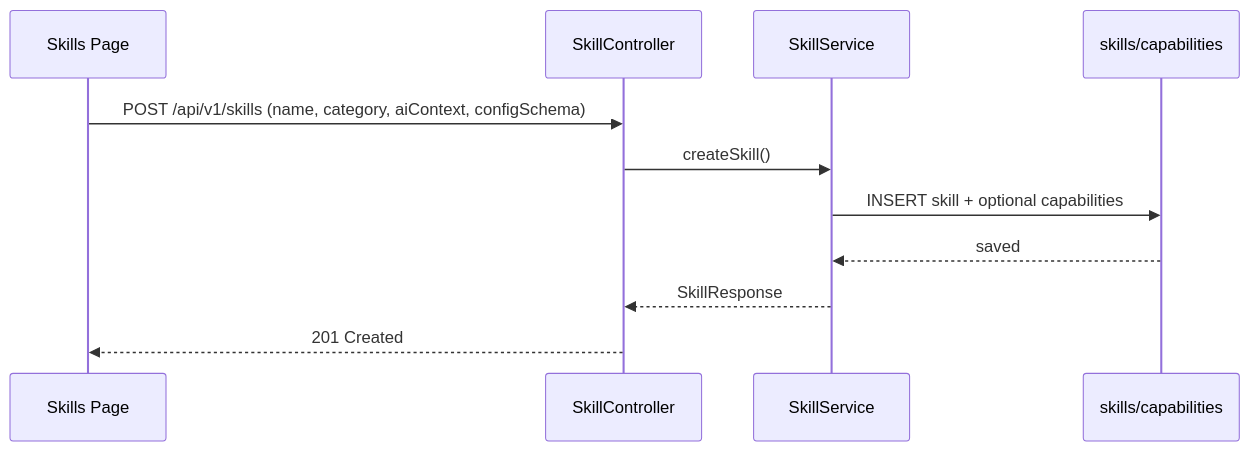
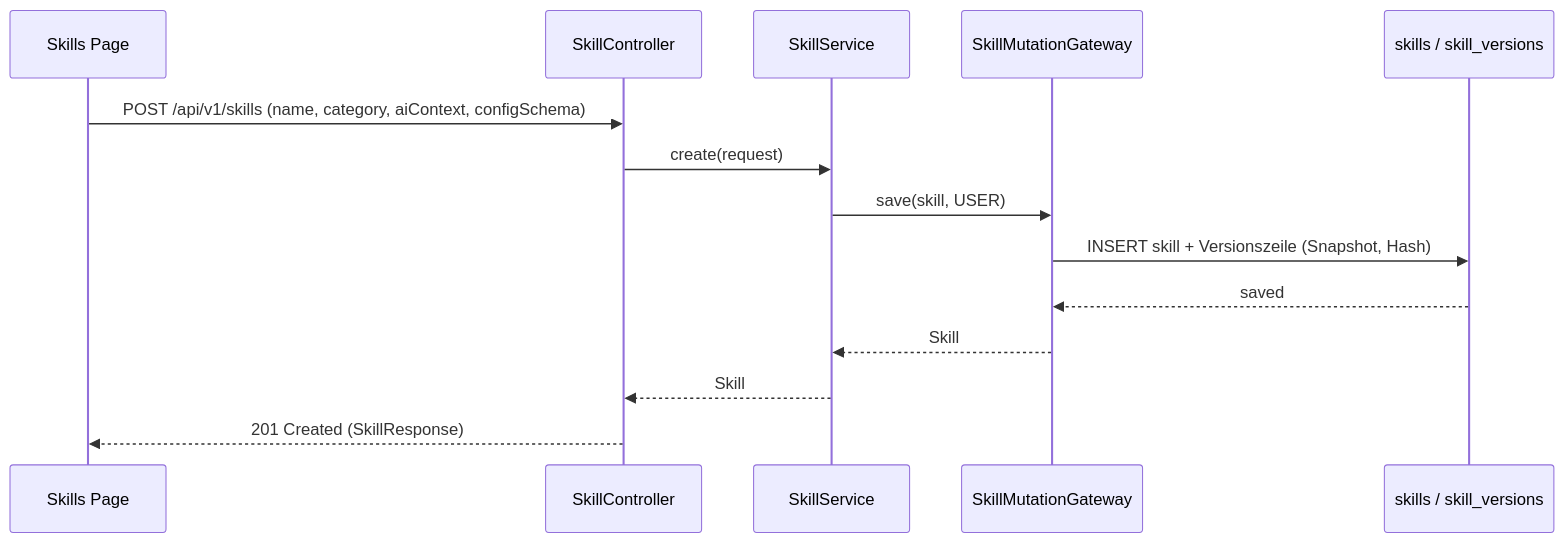
Before and after one commit to FLSEST/MySuricates: the first of 3 diagrams in docs/skills-diagrams.md, drawn with Mermaid. The commit also changed other lines of this file and 5 other files, not shown here.

First line of the commit message:
docs(diagramme): Skills page follows gateway, context file and write protection of the capabilities

````diff
--- a/docs/skills-diagrams.md
+++ b/docs/skills-diagrams.md
@@ -7,14 +9,17 @@
 ```mermaid
 sequenceDiagram
     participant UI as Skills Page
     participant CTR as SkillController
     participant SVC as SkillService
-    participant DB as skills/capabilities
+    participant GW as SkillMutationGateway
+    participant DB as skills / skill_versions
 
     UI->>CTR: POST /api/v1/skills (name, category, aiContext, configSchema)
-    CTR->>SVC: createSkill()
-    SVC->>DB: INSERT skill + optional capabilities
-    DB-->>SVC: saved
-    SVC-->>CTR: SkillResponse
-    CTR-->>UI: 201 Created
+    CTR->>SVC: create(request)
+    SVC->>GW: save(skill, USER)
+    GW->>DB: INSERT skill + Versionszeile (Snapshot, Hash)
+    DB-->>GW: saved
+    GW-->>SVC: Skill
+    SVC-->>CTR: Skill
+    CTR-->>UI: 201 Created (SkillResponse)
 ```
````
